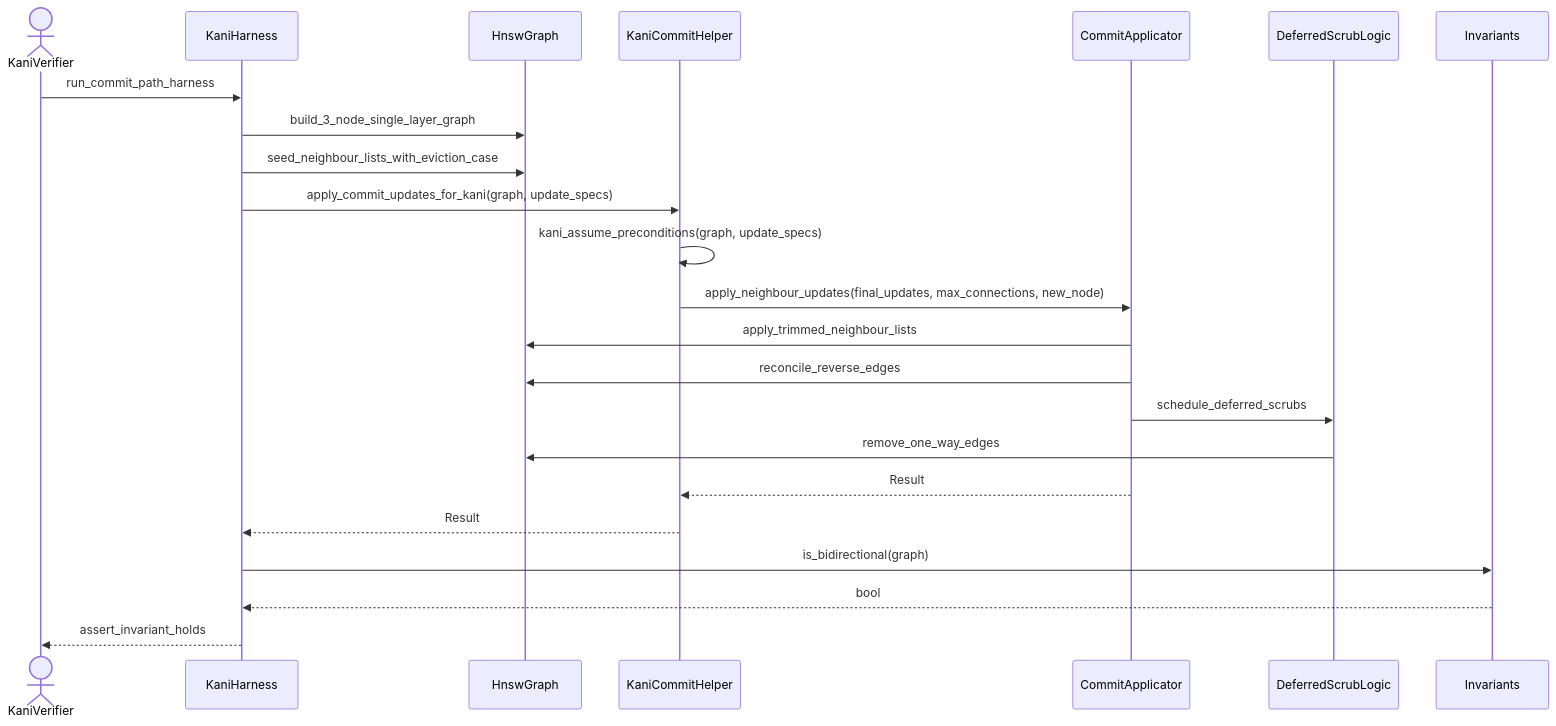
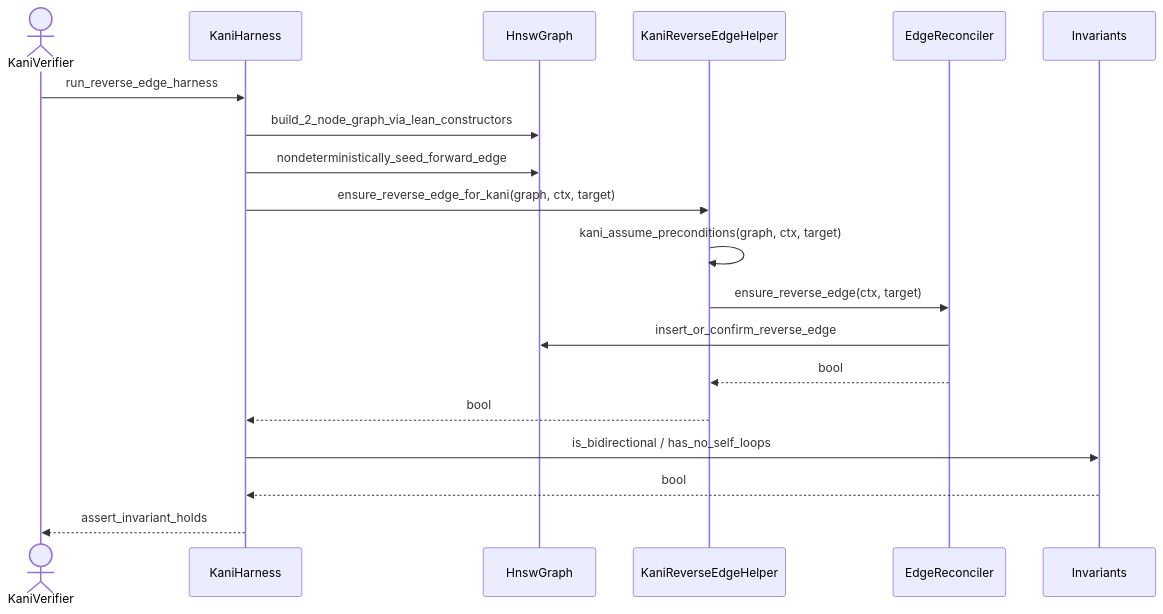
Before and after one commit to leynos/chutoro: the second of 4 diagrams in docs/chutoro-design.md, drawn with Mermaid. The commit also changed other lines of this file and 1 other file, not shown here.

Commit message:
Assert weight minimality in the MST harness and refresh the design doc (#202)
The minimality harness only checked structural validity and edge count,
so a regression selecting a heavier spanning tree would still pass the
pull-request gate. Draw the triangle's edge selection explicitly,
compute the expected minimal spanning weight for each subset, and
assert the forest's total weight matches it; with the full triangle
selected this forces the weight-2 edge out. A deliberate mutation
(reversing the model's edge ordering) now fails the harness with the
minimality message, and the pristine harness verifies successfully.

Replace the commit-path Kani sequence diagram in the design document,
which still described the retired apply_commit_updates_for_kani helper
and three-node commit-path harness, with the reverse-edge harness flow
that the suite actually runs, and point at the hypothesis document and
developers' guide for the tractability policy.

````diff
--- a/docs/chutoro-design.md
+++ b/docs/chutoro-design.md
@@ -1271,30 +1278,25 @@
 ```mermaid
 sequenceDiagram
     actor KaniVerifier
     participant KaniHarness
     participant HnswGraph
-    participant KaniCommitHelper
-    participant CommitApplicator
-    participant DeferredScrubLogic
+    participant KaniReverseEdgeHelper
+    participant EdgeReconciler
     participant Invariants
 
-    KaniVerifier->>KaniHarness: run_commit_path_harness
-    KaniHarness->>HnswGraph: build_3_node_single_layer_graph
-    KaniHarness->>HnswGraph: seed_neighbour_lists_with_eviction_case
+    KaniVerifier->>KaniHarness: run_reverse_edge_harness
+    KaniHarness->>HnswGraph: build_2_node_graph_via_lean_constructors
+    KaniHarness->>HnswGraph: nondeterministically_seed_forward_edge
 
-    KaniHarness->>KaniCommitHelper: apply_commit_updates_for_kani(graph, update_specs)
-    KaniCommitHelper->>KaniCommitHelper: kani_assume_preconditions(graph, update_specs)
-    KaniCommitHelper->>CommitApplicator: apply_neighbour_updates(final_updates, max_connections, new_node)
+    KaniHarness->>KaniReverseEdgeHelper: ensure_reverse_edge_for_kani(graph, ctx, target)
+    KaniReverseEdgeHelper->>KaniReverseEdgeHelper: kani_assume_preconditions(graph, ctx, target)
+    KaniReverseEdgeHelper->>EdgeReconciler: ensure_reverse_edge(ctx, target)
+    EdgeReconciler->>HnswGraph: insert_or_confirm_reverse_edge
 
-    CommitApplicator->>HnswGraph: apply_trimmed_neighbour_lists
-    CommitApplicator->>HnswGraph: reconcile_reverse_edges
-    CommitApplicator->>DeferredScrubLogic: schedule_deferred_scrubs
-    DeferredScrubLogic->>HnswGraph: remove_one_way_edges
+    EdgeReconciler-->>KaniReverseEdgeHelper: bool
+    KaniReverseEdgeHelper-->>KaniHarness: bool
 
-    CommitApplicator-->>KaniCommitHelper: Result
-    KaniCommitHelper-->>KaniHarness: Result
-
-    KaniHarness->>Invariants: is_bidirectional(graph)
+    KaniHarness->>Invariants: is_bidirectional / has_no_self_loops
     Invariants-->>KaniHarness: bool
     KaniHarness-->>KaniVerifier: assert_invariant_holds
 ```
````
